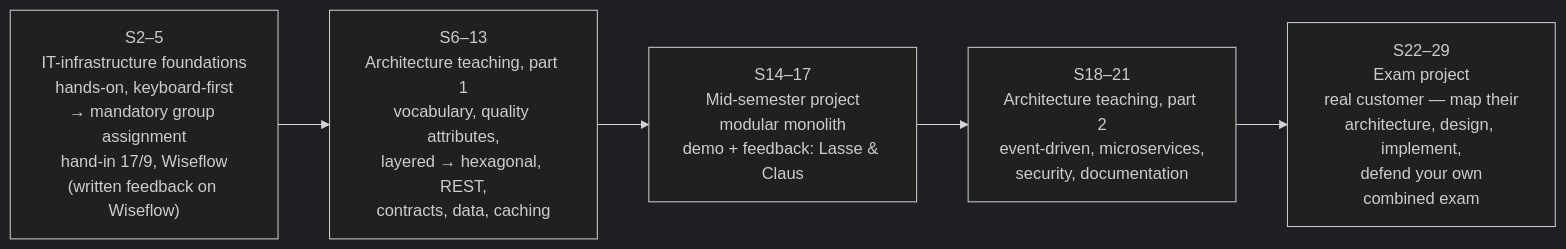
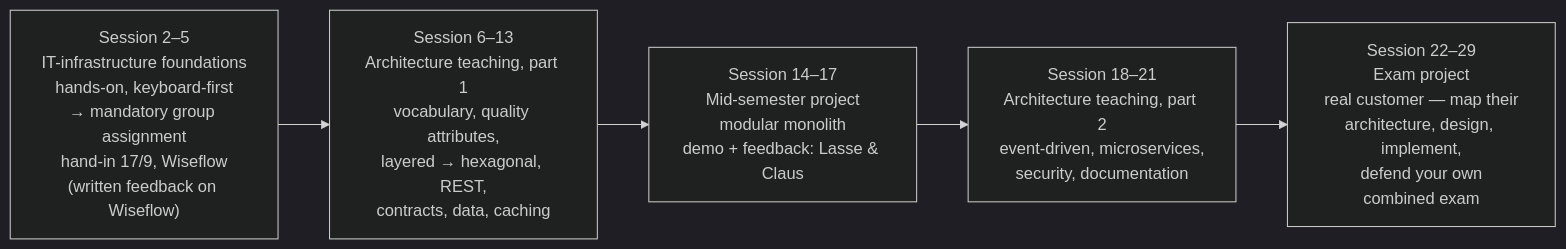
One commit to Ek-Ita-Swa-Iti/EK_ITA_SWA_2026_fall changed the diagram in 01._intro_3rd_semester/README.md. Above: the diagram before and after it, drawn with Mermaid (dark theme).

Commit message:
Session 1 Part 2: spell out 'Session' instead of 'S' in the diagram nodes

````diff
--- a/01._intro_3rd_semester/README.md
+++ b/01._intro_3rd_semester/README.md
@@ -23,9 +23,9 @@
 ```mermaid
 flowchart LR
-    A["S2–5<br/>IT-infrastructure foundations<br/>hands-on, keyboard-first<br/>→ mandatory group assignment<br/>hand-in 17/9, Wiseflow<br/>(written feedback on Wiseflow)"]
-    B["S6–13<br/>Architecture teaching, part 1<br/>vocabulary, quality attributes,<br/>layered → hexagonal, REST,<br/>contracts, data, caching"]
-    C["S14–17<br/>Mid-semester project<br/>modular monolith<br/>demo + feedback: Lasse & Claus"]
-    D["S18–21<br/>Architecture teaching, part 2<br/>event-driven, microservices,<br/>security, documentation"]
-    E["S22–29<br/>Exam project<br/>real customer — map their<br/>architecture, design, implement,<br/>defend your own<br/>combined exam"]
+    A["Session 2–5<br/>IT-infrastructure foundations<br/>hands-on, keyboard-first<br/>→ mandatory group assignment<br/>hand-in 17/9, Wiseflow<br/>(written feedback on Wiseflow)"]
+    B["Session 6–13<br/>Architecture teaching, part 1<br/>vocabulary, quality attributes,<br/>layered → hexagonal, REST,<br/>contracts, data, caching"]
+    C["Session 14–17<br/>Mid-semester project<br/>modular monolith<br/>demo + feedback: Lasse & Claus"]
+    D["Session 18–21<br/>Architecture teaching, part 2<br/>event-driven, microservices,<br/>security, documentation"]
+    E["Session 22–29<br/>Exam project<br/>real customer — map their<br/>architecture, design, implement,<br/>defend your own<br/>combined exam"]
     A --> B --> C --> D --> E
 ```
````
